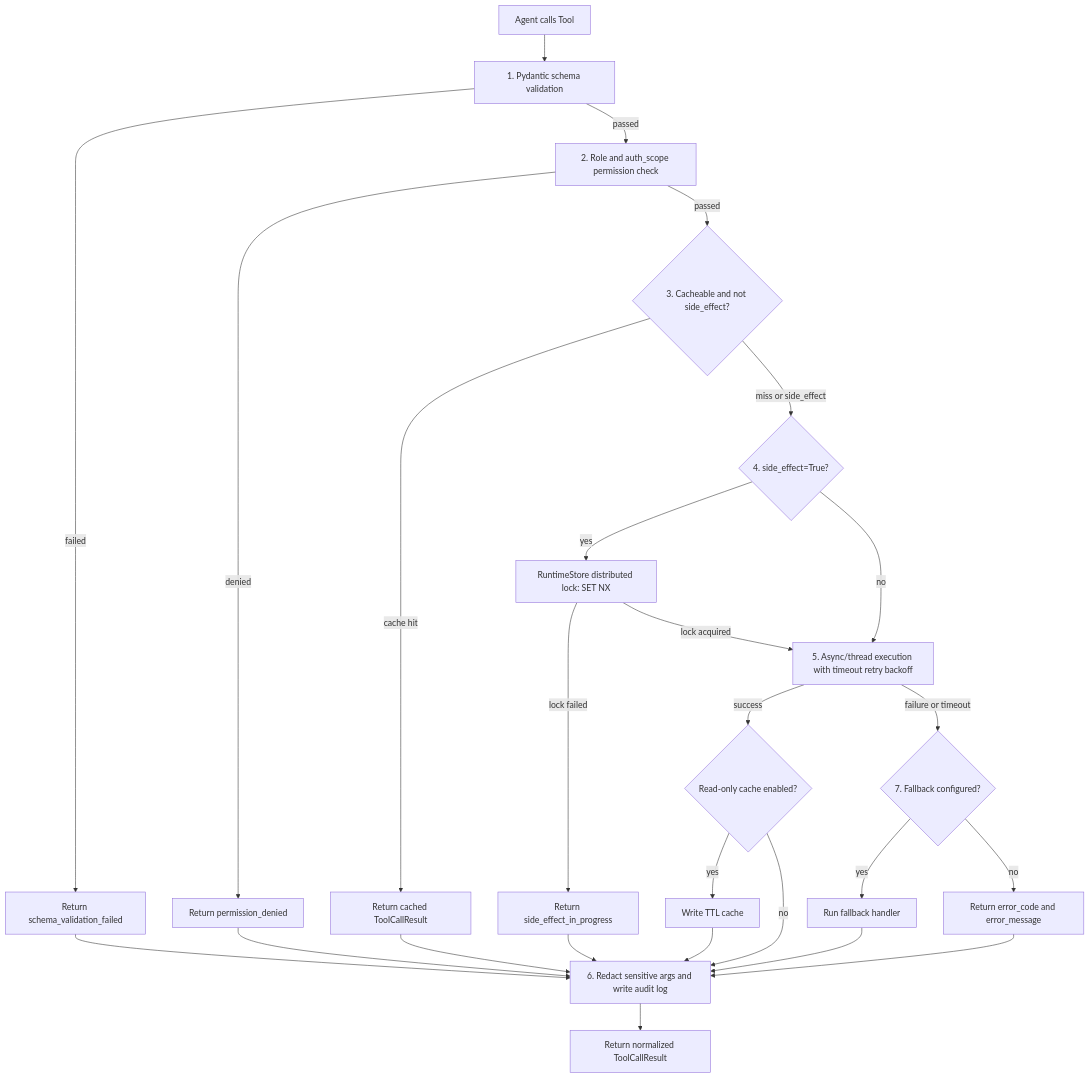
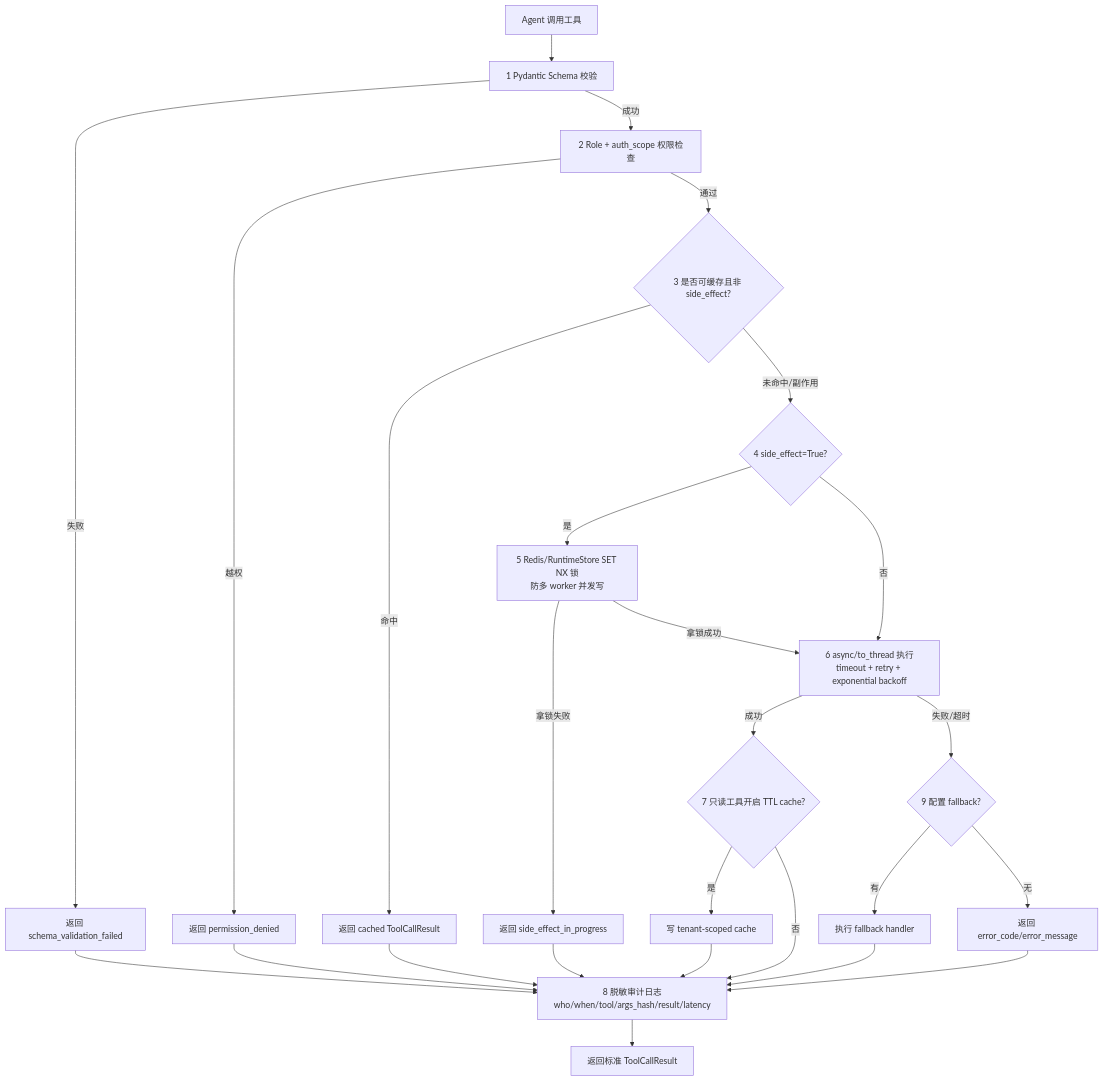
The diagram in docs/diagrams/tool_call_manager.mmd (bigfish-emily/commerce-support-agent), drawn with Mermaid before and after one commit. The commit also changed 24 other files, not shown here.

Commit message:
harden agent workflow and tool governance

```diff
--- a/docs/diagrams/tool_call_manager.mmd
+++ b/docs/diagrams/tool_call_manager.mmd
@@ -1,24 +1,24 @@
 flowchart TD
-    Start[Agent calls Tool] --> Validate[1. Pydantic schema validation]
-    Validate -- failed --> Err1[Return schema_validation_failed]
-    Validate -- passed --> Auth[2. Role and auth_scope permission check]
-    Auth -- denied --> Err2[Return permission_denied]
-    Auth -- passed --> CheckCache{3. Cacheable and not side_effect?}
-    CheckCache -- cache hit --> ReturnCached[Return cached ToolCallResult]
-    CheckCache -- miss or side_effect --> SideEffectCheck{4. side_effect=True?}
-    SideEffectCheck -- yes --> AcquireLock[RuntimeStore distributed lock: SET NX]
-    AcquireLock -- lock failed --> Err3[Return side_effect_in_progress]
-    AcquireLock -- lock acquired --> Exec[5. Async/thread execution with timeout retry backoff]
-    SideEffectCheck -- no --> Exec
-    Exec -- success --> MaybeCache{Read-only cache enabled?}
-    MaybeCache -- yes --> UpdateCache[Write TTL cache]
-    MaybeCache -- no --> Audit
-    UpdateCache --> Audit[6. Redact sensitive args and write audit log]
-    Exec -- failure or timeout --> HasFallback{7. Fallback configured?}
-    HasFallback -- yes --> RunFallback[Run fallback handler] --> Audit
-    HasFallback -- no --> Err4[Return error_code and error_message] --> Audit
+    Start[Agent 调用工具] --> Validate[1 Pydantic Schema 校验]
+    Validate -- 失败 --> Err1[返回 schema_validation_failed]
+    Validate -- 成功 --> Auth[2 Role + auth_scope 权限检查]
+    Auth -- 越权 --> Err2[返回 permission_denied]
+    Auth -- 通过 --> CheckCache{3 是否可缓存且非 side_effect?}
+    CheckCache -- 命中 --> ReturnCached[返回 cached ToolCallResult]
+    CheckCache -- 未命中/副作用 --> SideEffectCheck{4 side_effect=True?}
+    SideEffectCheck -- 是 --> AcquireLock[5 Redis/RuntimeStore SET NX 锁<br/>防多 worker 并发写]
+    AcquireLock -- 拿锁失败 --> Err3[返回 side_effect_in_progress]
+    AcquireLock -- 拿锁成功 --> Exec[6 async/to_thread 执行<br/>timeout + retry + exponential backoff]
+    SideEffectCheck -- 否 --> Exec
+    Exec -- 成功 --> MaybeCache{7 只读工具开启 TTL cache?}
+    MaybeCache -- 是 --> UpdateCache[写 tenant-scoped cache]
+    MaybeCache -- 否 --> Audit
+    UpdateCache --> Audit[8 脱敏审计日志<br/>who/when/tool/args_hash/result/latency]
+    Exec -- 失败/超时 --> HasFallback{9 配置 fallback?}
+    HasFallback -- 有 --> RunFallback[执行 fallback handler] --> Audit
+    HasFallback -- 无 --> Err4[返回 error_code/error_message] --> Audit
     ReturnCached --> Audit
     Err1 --> Audit
     Err2 --> Audit
     Err3 --> Audit
-    Audit --> Done[Return normalized ToolCallResult]
+    Audit --> Done[返回标准 ToolCallResult]
```
